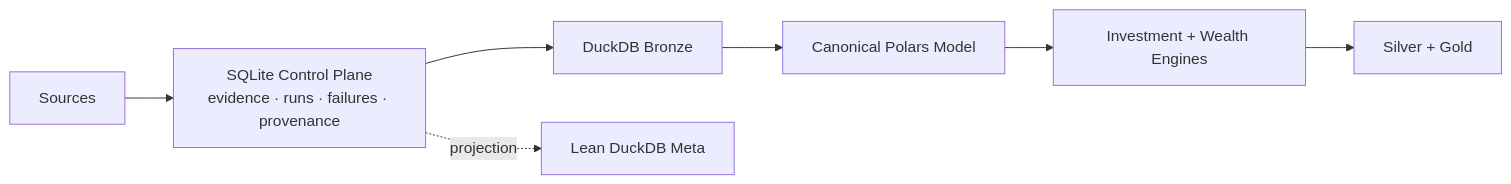
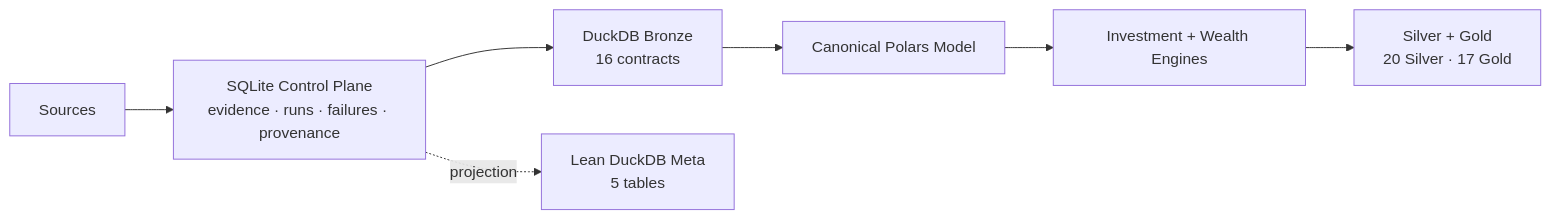
Before and after one commit to tks18/personal-finance-etl: the diagram in docs/architecture/README.md, drawn with Mermaid. The commit also changed other lines of this file, not shown here.

Commit message:
docs: update docs/architecture/readme

````diff
--- a/docs/architecture/README.md
+++ b/docs/architecture/README.md
@@ -7,9 +7,9 @@
 ```mermaid
 flowchart LR
     SRC["Sources"] --> CP["SQLite Control Plane<br/>evidence · runs · failures · provenance"]
-    CP --> BR["DuckDB Bronze"]
+    CP --> BR["DuckDB Bronze<br/>16 contracts"]
     BR --> CAN["Canonical Polars Model"]
     CAN --> ENG["Investment + Wealth Engines"]
-    ENG --> SG["Silver + Gold"]
-    CP -. projection .-> META["Lean DuckDB Meta"]
+    ENG --> SG["Silver + Gold<br/>20 Silver · 17 Gold"]
+    CP -. projection .-> META["Lean DuckDB Meta<br/>5 tables"]
 ```
````
